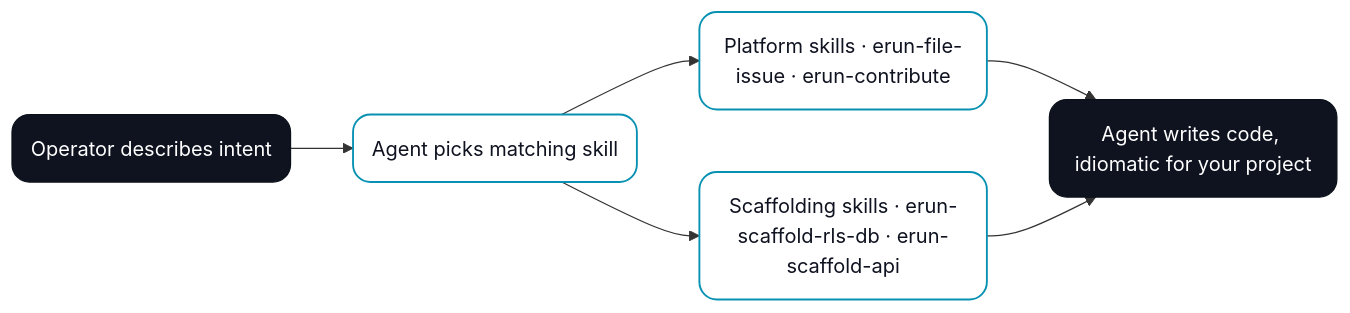
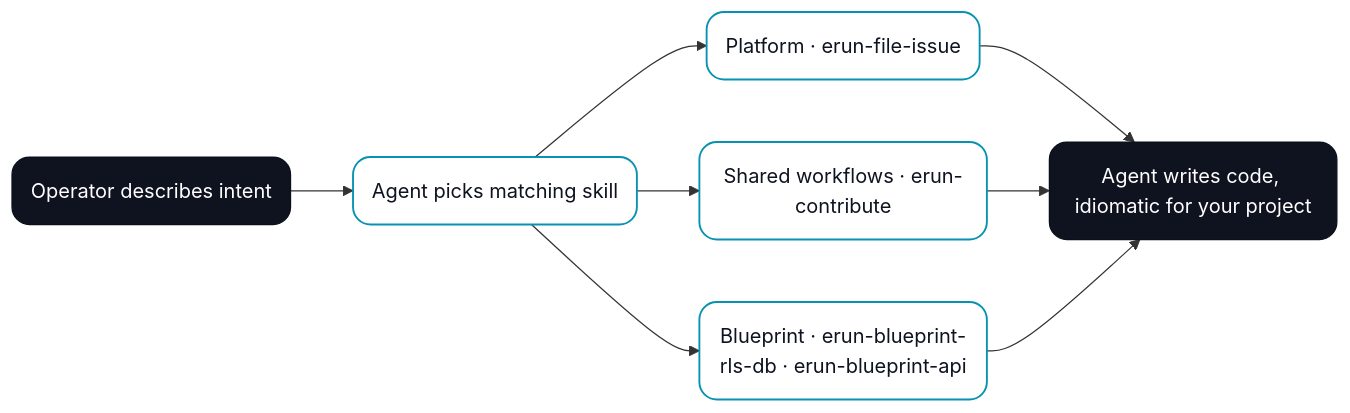
Before and after one commit to sophium/erun: the diagram in erun-docs/docs/intro.md, drawn with Mermaid. The commit also changed other lines of this file and 49 other files, not shown here.

````diff
--- a/erun-docs/docs/intro.md
+++ b/erun-docs/docs/intro.md
@@ -58,11 +58,13 @@
 ```mermaid
 flowchart LR
     O("Operator describes intent"):::endpoint --> A("Agent picks matching skill"):::step
-    A --> P("Platform skills · erun-file-issue · erun-contribute"):::step
-    A --> S("Scaffolding skills · erun-scaffold-rls-db · erun-scaffold-api"):::step
+    A --> P("Platform · erun-file-issue"):::step
+    A --> W("Shared workflows · erun-contribute"):::step
+    A --> B("Blueprint · erun-blueprint-rls-db · erun-blueprint-api"):::step
     P --> R("Agent writes code, idiomatic for your project"):::endpoint
-    S --> R
+    W --> R
+    B --> R
 
     classDef endpoint fill:#0f1320,color:#ffffff,stroke:#0a1019,stroke-width:1px,rx:14,ry:14;
     classDef step     fill:#ffffff,color:#0f1320,stroke:#0891b2,stroke-width:1.5px,rx:14,ry:14;
 ```
````
